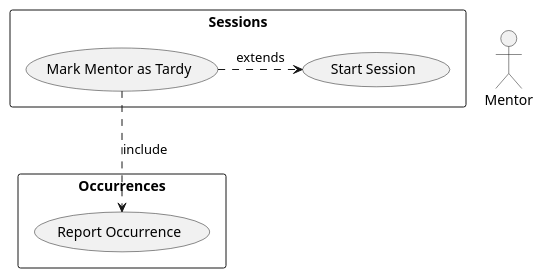
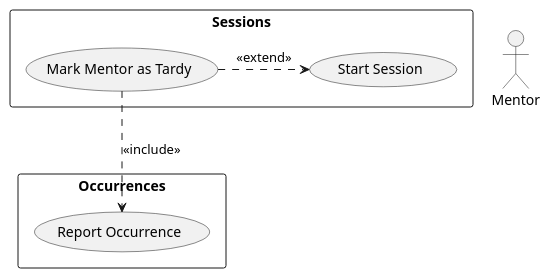
Before and after one commit to bmb0136/COMP-3700-Project: the diagram in Use Cases/MarkMentorTardy.iuml, drawn with PlantUML. The commit also changed 1 other file, not shown here.

Commit message:
Put <<brackets>> around extend/include

```diff
--- a/Use Cases/MarkMentorTardy.iuml
+++ b/Use Cases/MarkMentorTardy.iuml
@@ -1,13 +1,13 @@
 @startuml MarkMentorTardy
 actor :Mentor:
 rectangle "Sessions" {
   (Start Session) as Start
   (Mark Mentor as Tardy) as Tardy
 }
 rectangle "Occurrences" {
   (Report Occurrence) as Report
 }
-Tardy .> Start : extends
-Tardy ..> Report : include
+Tardy .> Start : <<extend>>
+Tardy ..> Report : <<include>>
 
 @enduml
```
